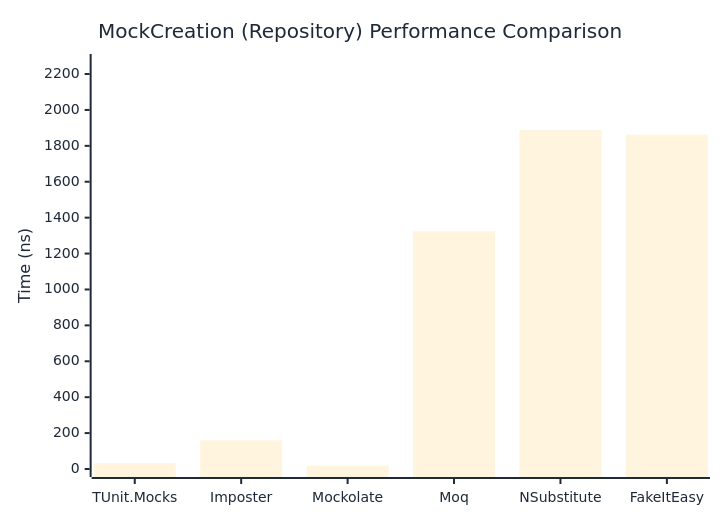
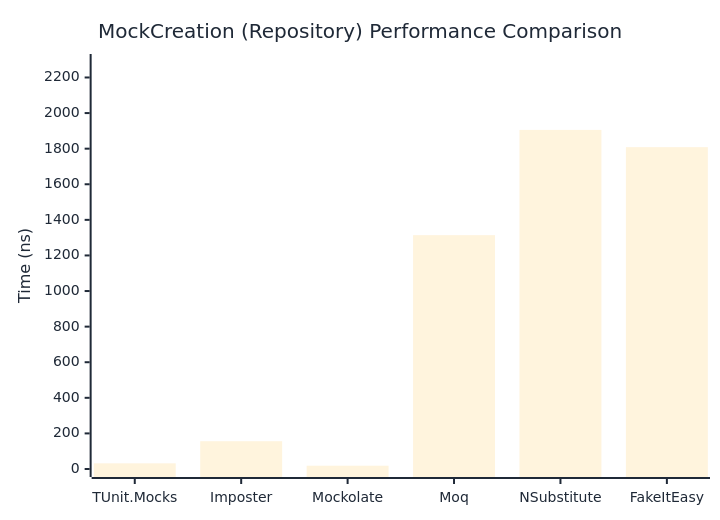
Before and after one commit to thomhurst/TUnit: the second of 2 diagrams in docs/docs/benchmarks/mocks/MockCreation.md, drawn with Mermaid. The commit also changed other lines of this file and 14 other files, not shown here.

````diff
--- a/docs/docs/benchmarks/mocks/MockCreation.md
+++ b/docs/docs/benchmarks/mocks/MockCreation.md
@@ -71,27 +71,27 @@
 ```mermaid
 %%{init: {
   'theme':'base',
   'themeVariables': {
     'primaryColor': '#2563eb',
     'primaryTextColor': '#1f2937',
     'primaryBorderColor': '#1e40af',
     'lineColor': '#6b7280',
     'secondaryColor': '#7c3aed',
     'tertiaryColor': '#dc2626',
     'background': '#ffffff',
     'pie1': '#2563eb',
     'pie2': '#7c3aed',
     'pie3': '#dc2626',
     'pie4': '#f59e0b',
     'pie5': '#10b981',
     'pie6': '#06b6d4',
     'pie7': '#ec4899',
     'pie8': '#6366f1'
   }
 }}%%
 xychart-beta
   title "MockCreation (Repository) Performance Comparison"
   x-axis ["TUnit.Mocks", "Imposter", "Mockolate", "Moq", "NSubstitute", "FakeItEasy"]
-  y-axis "Time (ns)" 0 --> 2267
-  bar [30.91, 159.9, 18.29, 1324.34, 1888.39, 1862.19]
+  y-axis "Time (ns)" 0 --> 2287
+  bar [31.88, 156.15, 18.49, 1313.93, 1905.5, 1808.51]
 ```
````
